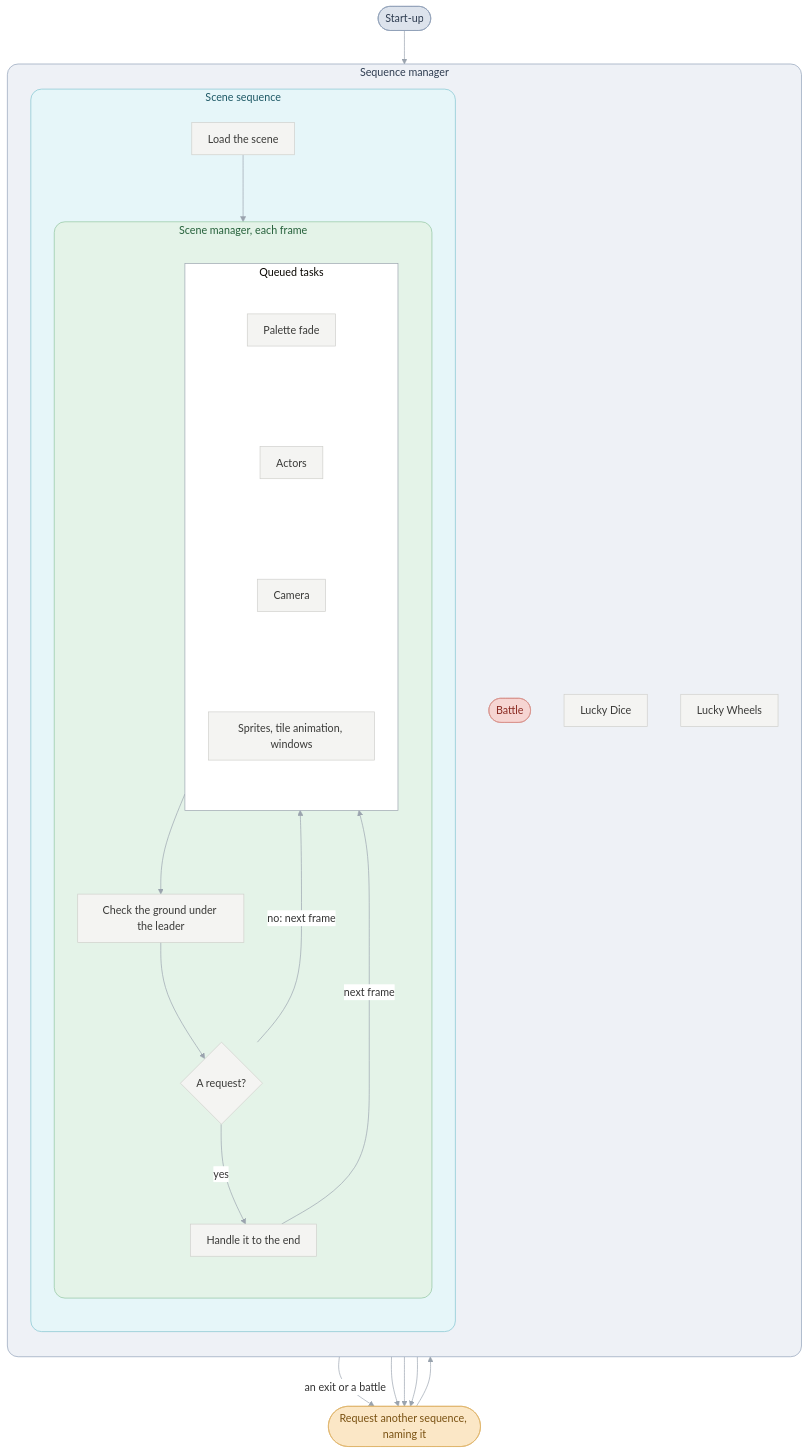
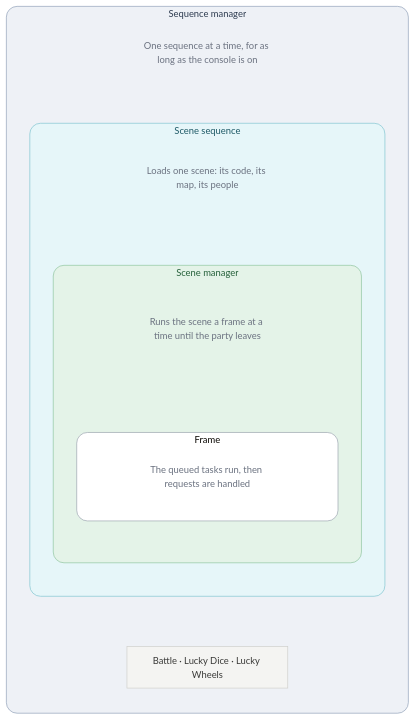
The first of 9 diagrams in games/tbs/README.md (PascalPixel/alchemy), drawn with Mermaid before and after one commit. The commit also changed other lines of this file, not shown here.

First line of the commit message:
☀️ Front page: rewritten as a product's architecture page

````diff
--- a/games/tbs/README.md
+++ b/games/tbs/README.md
@@ -20,45 +11,33 @@
 ```mermaid
-%%{init: {"theme": "base", "themeVariables": {"lineColor": "#9AA3AE", "edgeLabelBackground": "#FFFFFF"}, "flowchart": {"curve": "basis", "padding": 12}}}%%
-flowchart TD
-  power(["Start-up"]) --> seqm
+%%{init: {"theme": "base", "themeVariables": {"lineColor": "#9AA3AE", "fontSize": "14px"}, "flowchart": {"padding": 10}}}%%
+flowchart TB
   subgraph seqm ["Sequence manager"]
     direction TB
+    c1["One sequence at a time, for as long as the console is on"]
     subgraph scene ["Scene sequence"]
       direction TB
-      load["Load the scene"]
-      load --> mgr
-      subgraph mgr ["Scene manager, each frame"]
+      c2["Loads one scene: its code, its map, its people"]
+      subgraph mgr ["Scene manager"]
         direction TB
-        subgraph queue ["Queued tasks"]
-          direction TB
-          t1["Palette fade"] ~~~ t2["Actors"] ~~~ t3["Camera"] ~~~ t4["Sprites, tile animation, windows"]
+        c3["Runs the scene a frame at a time until the party leaves"]
+        subgraph frame ["Frame"]
+          direction LR
+          c4["The queued tasks run, then requests are handled"]
         end
-        queue --> ground["Check the ground under the leader"] --> check{"A request?"}
-        check -->|"no: next frame"| queue
-        check -->|"yes"| handle["Handle it to the end"]
-        handle -->|"next frame"| queue
       end
     end
-    battle(["Battle"])
-    dice["Lucky Dice"]
-    wheels["Lucky Wheels"]
+    others["Battle · Lucky Dice · Lucky Wheels"]
   end
-  handle -->|"an exit or a battle"| req(["Request another sequence, naming it"])
-  battle & dice & wheels --> req
-  req --> seqm
-  classDef sequenceManager fill:#DDE3EC,stroke:#8FA0B8,color:#2E3C50
-  classDef sceneSequence fill:#D2EEF3,stroke:#7FC3D0,color:#1E5966
-  classDef battle fill:#F6D5D2,stroke:#D9928B,color:#8A2A22
-  classDef sceneManager fill:#D3EBD9,stroke:#8DC49E,color:#25603A
-  classDef request fill:#FBE7C6,stroke:#E0B46A,color:#7A5212
-  classDef place fill:#D93A2B,stroke:#B02A1D,color:#FFFFFF
+  c1 ~~~ scene
+  c2 ~~~ mgr
+  c3 ~~~ frame
+  scene ~~~ others
+  classDef caption fill:transparent,stroke:transparent,color:#6B7280
   classDef step fill:#F4F4F2,stroke:#CFCFCB,color:#3A3A38
-  class power sequenceManager
-  class battle battle
-  class req request
-  class load,t1,t2,t3,t4,ground,check,handle,dice,wheels step
+  class c1,c2,c3,c4 caption
+  class others step
   style seqm fill:#EEF1F6,stroke:#8FA0B8,color:#2E3C50,rx:16,ry:16
   style scene fill:#E6F6F9,stroke:#7FC3D0,color:#1E5966,rx:16,ry:16
   style mgr fill:#E4F3E8,stroke:#8DC49E,color:#25603A,rx:16,ry:16
-  style queue fill:#FFFFFF,stroke:#9AA3AE
+  style frame fill:#FFFFFF,stroke:#9AA3AE,rx:16,ry:16
 ```
````
